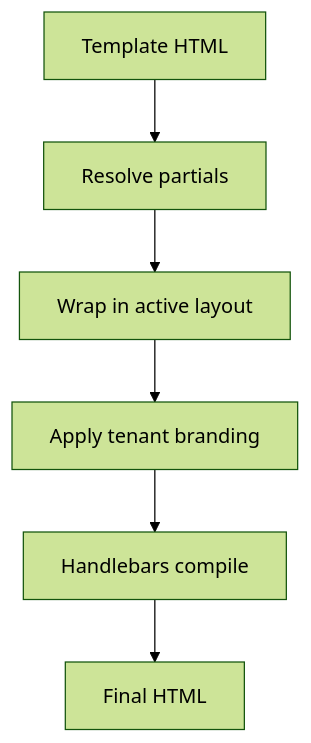
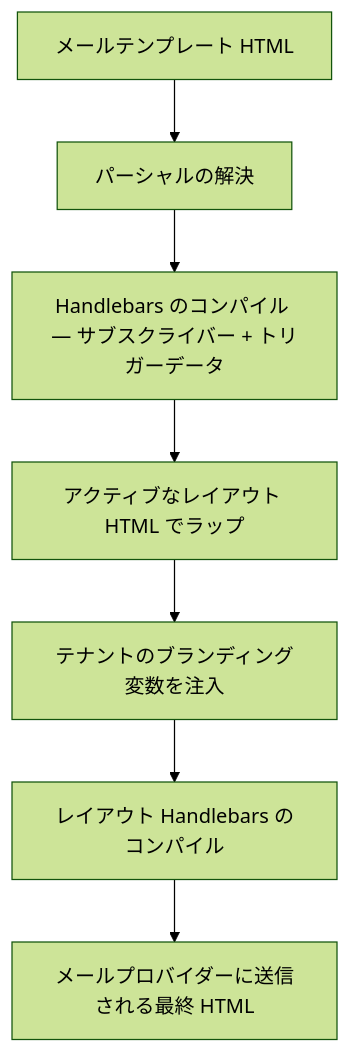
The diagram in content/docs/ja/platform/features/email-layouts.mdx (KriyanshKhunt/nexus_docs), drawn with Mermaid (forest theme) before and after one commit. The commit also changed other lines of this file and 27 other files, not shown here.

````diff
--- a/content/docs/ja/platform/features/email-layouts.mdx
+++ b/content/docs/ja/platform/features/email-layouts.mdx
@@ -44,8 +83,9 @@
 ```mermaid
 flowchart TD
-  T[Template HTML] --> P[Resolve partials]
-  P --> L[Wrap in active layout]
-  L --> B[Apply tenant branding]
-  B --> H[Handlebars compile]
-  H --> Out[Final HTML]
+  T[メールテンプレート HTML] --> P[パーシャルの解決]
+  P --> C[Handlebars のコンパイル — サブスクライバー + トリガーデータ]
+  C --> L[アクティブなレイアウト HTML でラップ]
+  L --> B[テナントのブランディング変数を注入]
+  B --> H[レイアウト Handlebars のコンパイル]
+  H --> Out[メールプロバイダーに送信される最終 HTML]
 ```
````
